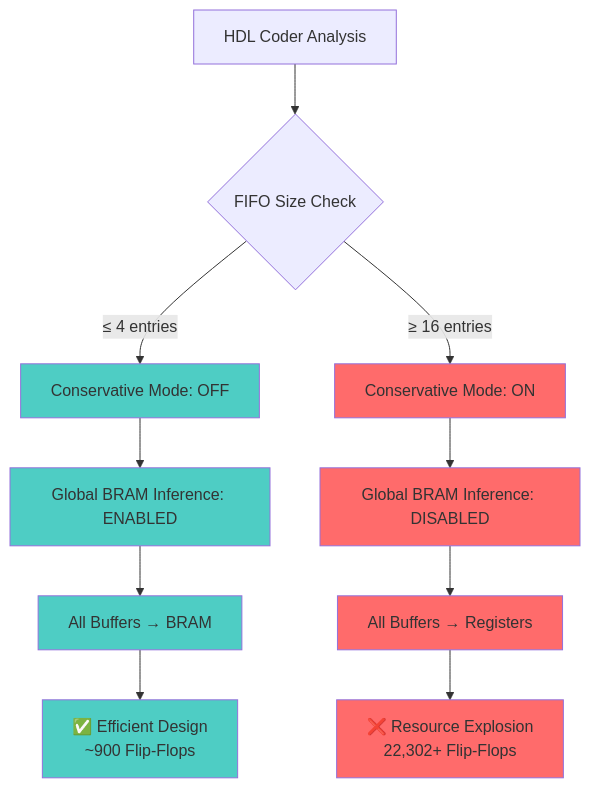
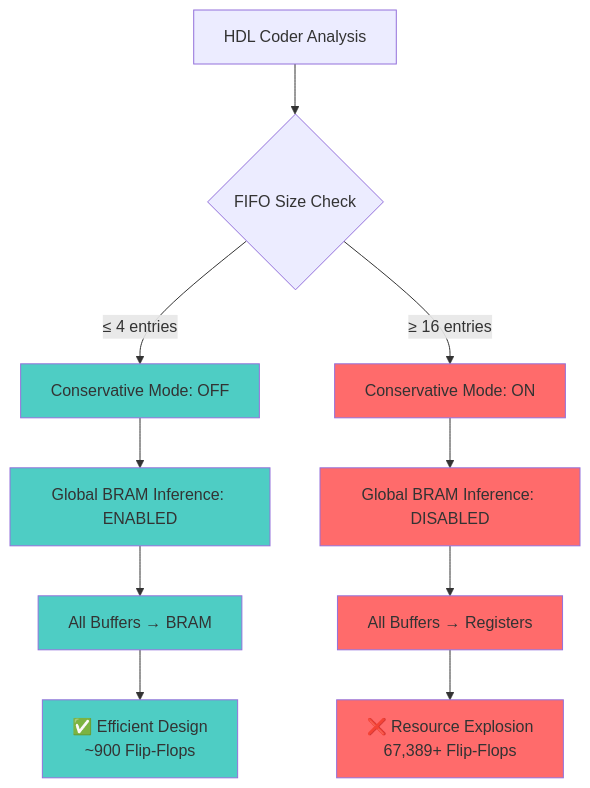
The seventh of 16 diagrams in README.md (rockyco/extractSSBsig), drawn with Mermaid before and after one commit. The commit also changed other lines of this file and 3 other files, not shown here.

````diff
--- a/README.md
+++ b/README.md
@@ -532,24 +532,24 @@
 ```mermaid
 flowchart TD
     A[HDL Coder Analysis] --> B{FIFO Size Check}
     B -->|≤ 4 entries| C[Conservative Mode: OFF]
     B -->|≥ 16 entries| D[Conservative Mode: ON]
     
     C --> E[Global BRAM Inference: ENABLED]
     D --> F[Global BRAM Inference: DISABLED]
     
     E --> G[All Buffers → BRAM]
     F --> H[All Buffers → Registers]
     
     G --> I[✅ Efficient Design<br/>~900 Flip-Flops]
-    H --> J[❌ Resource Explosion<br/>22,302+ Flip-Flops]
+    H --> J[❌ Resource Explosion<br/>67,389+ Flip-Flops]
     
     style C fill:#4ecdc4
     style D fill:#ff6b6b
     style E fill:#4ecdc4
     style F fill:#ff6b6b
     style G fill:#4ecdc4
     style H fill:#ff6b6b
     style I fill:#4ecdc4
     style J fill:#ff6b6b
 ```
````
